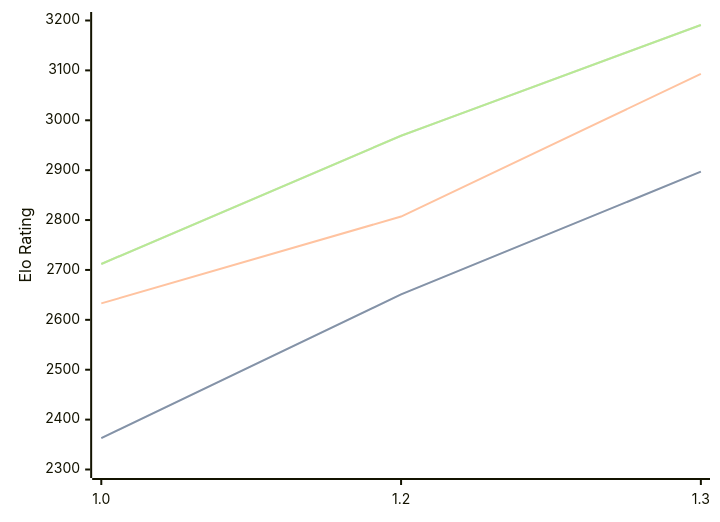
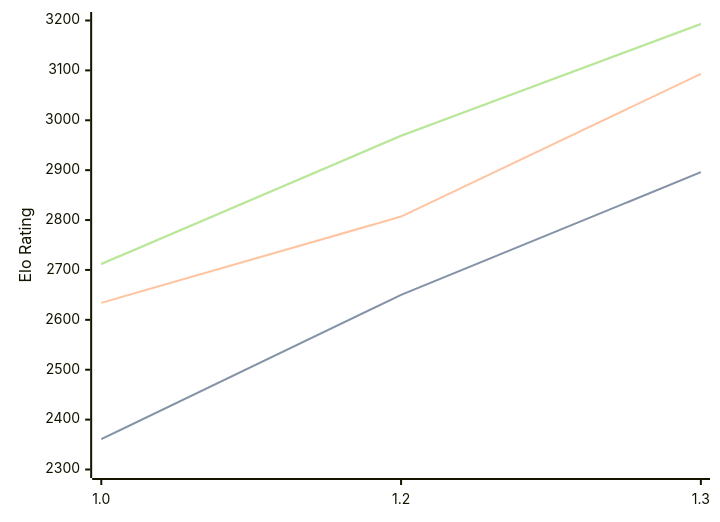
One commit to computer-chess-index/cci changed the diagram in engines/Chessnix.md. Above: the diagram before and after it, drawn with Mermaid. The commit also changed other lines of this file, not shown here.

Commit message:
Update CCI Ratings (ELO VLTC) - 2026-04-05

````diff
--- a/engines/Chessnix.md
+++ b/engines/Chessnix.md
@@ -35,11 +35,11 @@
 ```mermaid
 %%{init: {"theme":"base","themeVariables":{"seriesColors:['#a3a3a3','#222221','#faa371']}}}%%
 xychart-beta
   x-axis ["1.0", "1.2", "1.3"]
   y-axis "Elo Rating" 2300 --> 3200
-  line "STC (8.0+0.08s)" [2363, 2651, 2897]
-  line "STC (8.0+0.08s)" [2363, 2651, 2897]
-  line "LTC (60.0+0.60s)" [2633, 2807, 3093]
-  line "VLTC (2m24s+1.12s)" [2712, 2969, 3191]
-  line "VLTC (2m24s+1.12s)" [2712, 2969, 3191]
+  line "STC (8.0+0.08s)" [2361, 2650, 2896]
+  line "STC (8.0+0.08s)" [2361, 2650, 2896]
+  line "LTC (60.0+0.60s)" [2634, 2807, 3093]
+  line "VLTC (2m24s+1.12s)" [2712, 2969, 3193]
+  line "VLTC (2m24s+1.12s)" [2712, 2969, 3193]
 ```
````
